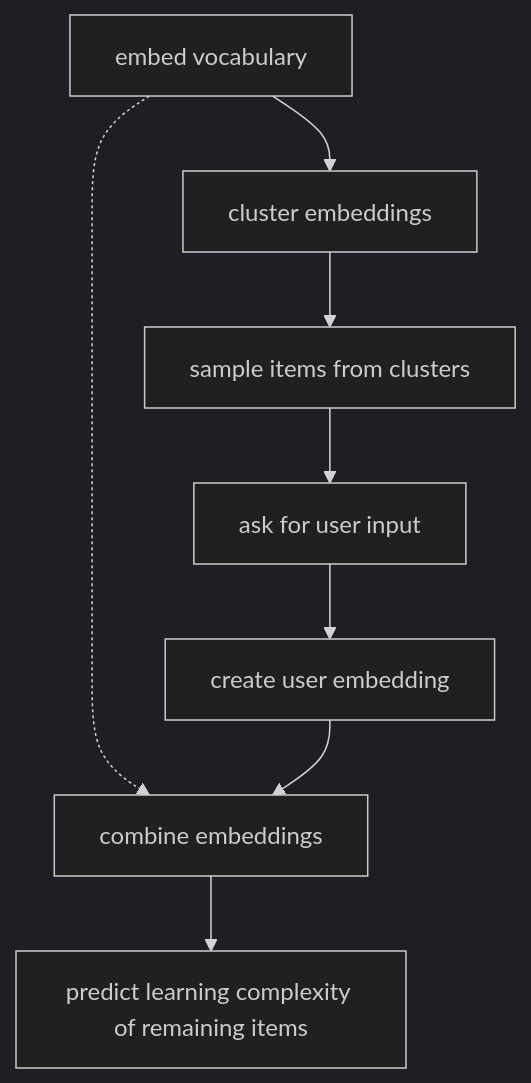
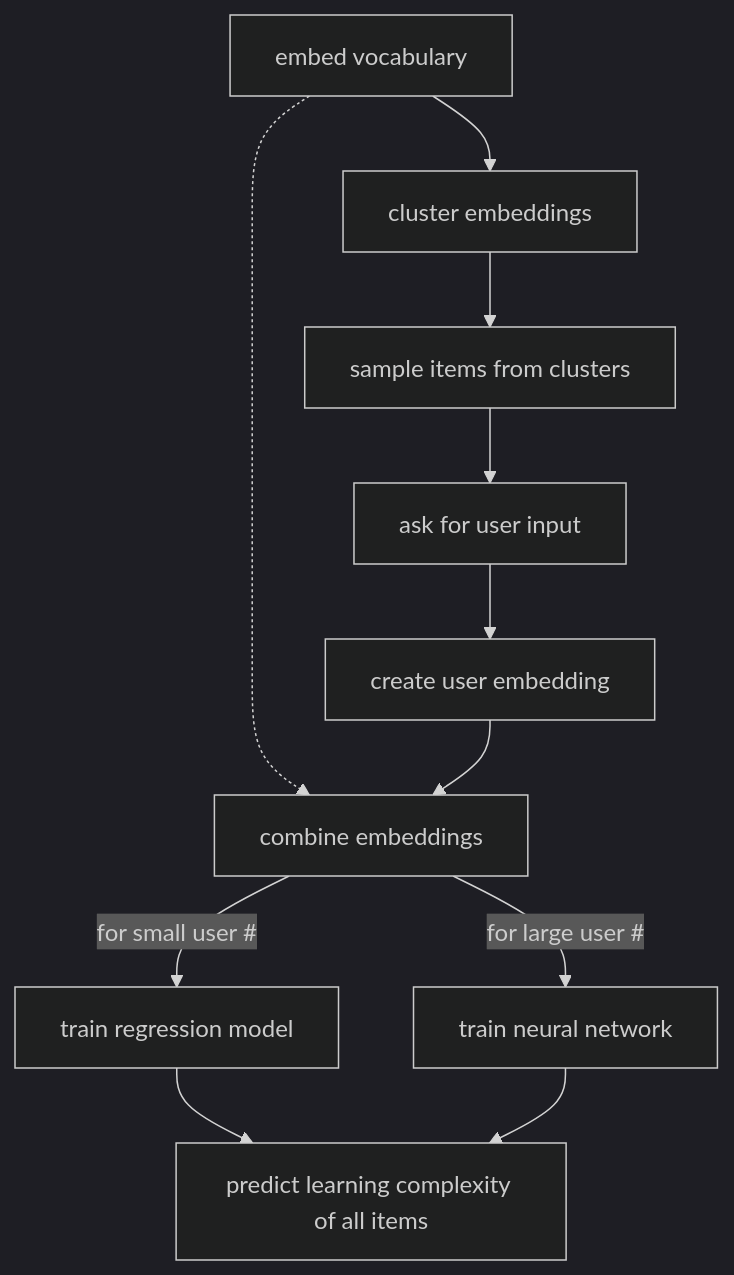
Before and after one commit to nowemoore/learning_optimiser: the diagram in README.md, drawn with Mermaid (dark theme). The commit also changed 1 other file, not shown here.

Commit message:
update flowchart to include regression and neural network training for predicting learning complexity

````diff
--- a/README.md
+++ b/README.md
@@ -41,10 +41,13 @@
 ```mermaid
 flowchart TD;
   Embeddings[embed vocabulary] --> Cluster[cluster embeddings];
   Cluster --> Sample[sample items from clusters];
   Sample --> Input[ask for user input];
   Input --> UserEmbed[create user embedding];
   Embeddings -.-> Combine[combine embeddings];
   UserEmbed --> Combine;
-  Combine --> Predict[predict learning complexity of remaining items];
+  Combine -- for small user # --> Reg[train regression model];
+  Combine -- for large user # --> NN[train neural network];
+  Reg --> Predict[predict learning complexity of all items];
+  NN --> Predict
 ```
````
